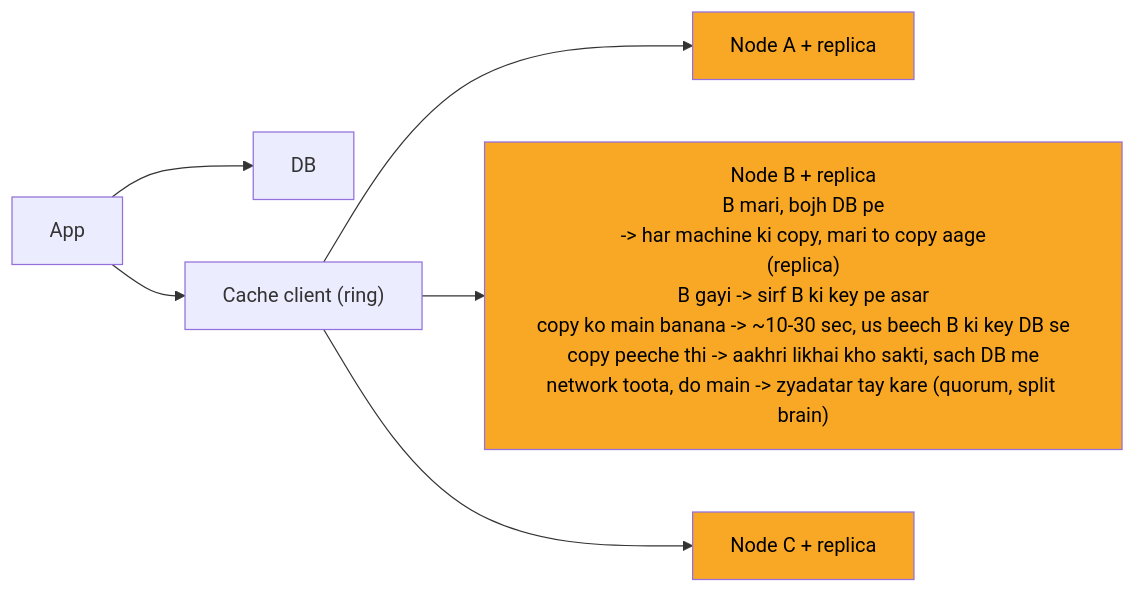
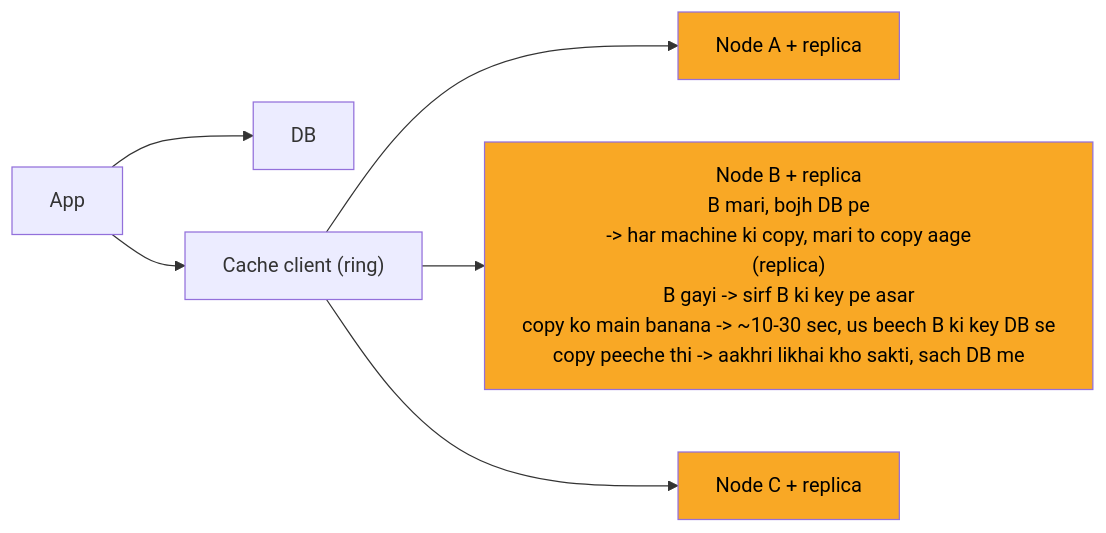
The fourth of 8 diagrams in 04_HLD/SYSTEM_DESIGNS/10_distributed_cache/10_distributed_cache.md (ArpanMaheshwari144/Prep), drawn with Mermaid before and after one commit. The commit also changed other lines of this file and 13 other files, not shown here.

````diff
--- a/04_HLD/SYSTEM_DESIGNS/10_distributed_cache/10_distributed_cache.md
+++ b/04_HLD/SYSTEM_DESIGNS/10_distributed_cache/10_distributed_cache.md
@@ -179,18 +179,18 @@
 ```mermaid
 %%{init: {"flowchart": {"wrappingWidth": 450}}}%%
 flowchart LR
     n_App["App"]
     n_DB["DB"]
     n_Cache_client["Cache client (ring)"]
     n_Node_A_replica["Node A + replica"]
-    n_Node_B_replica["Node B + replica<br/>B mari, bojh DB pe<br/>-> har machine ki copy, mari to copy aage<br/>(replica)<br/>B gayi -> sirf B ki key pe asar<br/>copy ko main banana -> ~10-30 sec, us beech B ki key DB se<br/>copy peeche thi -> aakhri likhai kho sakti, sach DB me<br/>network toota, do main -> zyadatar tay kare (quorum, split brain)"]
+    n_Node_B_replica["Node B + replica<br/>B mari, bojh DB pe<br/>-> har machine ki copy, mari to copy aage<br/>(replica)<br/>B gayi -> sirf B ki key pe asar<br/>copy ko main banana -> ~10-30 sec, us beech B ki key DB se<br/>copy peeche thi -> aakhri likhai kho sakti, sach DB me"]
     n_Node_C_replica["Node C + replica"]
     n_App --> n_DB
     n_App --> n_Cache_client
     n_Cache_client --> n_Node_A_replica
     n_Cache_client --> n_Node_B_replica
     n_Cache_client --> n_Node_C_replica
     style n_Node_A_replica fill:#f9a825,color:#000
     style n_Node_B_replica fill:#f9a825,color:#000
     style n_Node_C_replica fill:#f9a825,color:#000
 ```
````
